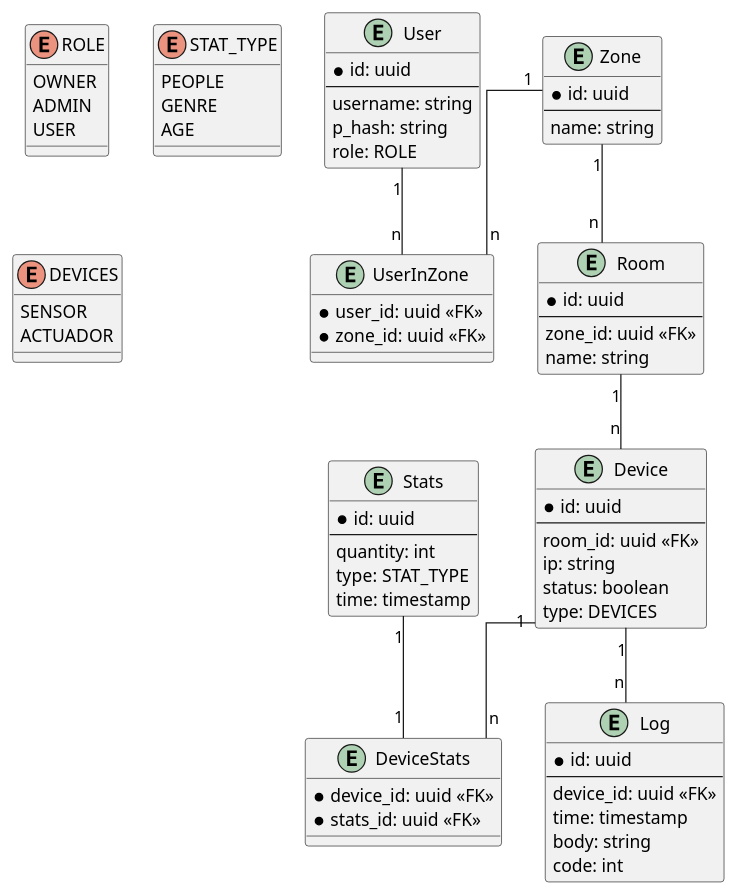
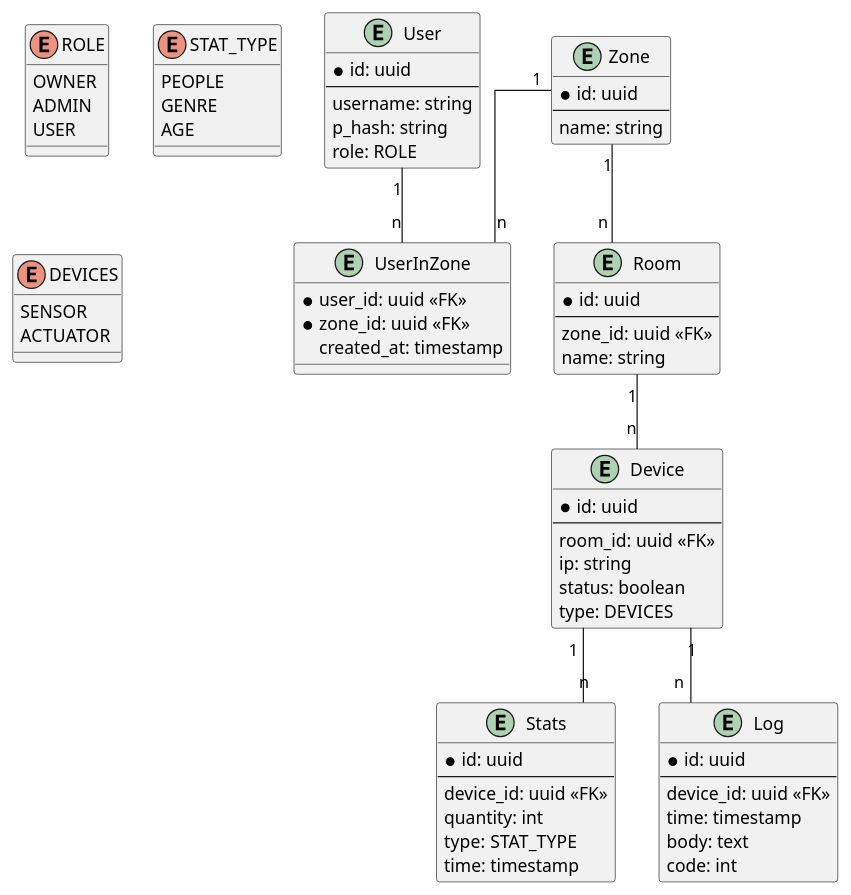
One commit to Masega360/the-stalker changed the diagram in docs/er-diagram.puml. Above: the diagram before and after it, drawn with PlantUML.

Commit message:
Refactor ER diagram with various updates
Updated enum name from 'ACTUADOR' to 'ACTUATOR', added 'created_at' field to 'UserInZone', changed 'body' type from 'string' to 'text', and removed 'DeviceStats' entity.

```diff
--- a/docs/er-diagram.puml
+++ b/docs/er-diagram.puml
@@ -1,85 +1,82 @@
 @startuml
 skinparam linetype ortho
 
 enum ROLE {
   OWNER
   ADMIN
   USER
 }
 
 enum STAT_TYPE {
   PEOPLE
   GENRE
   AGE
 }
 
 enum DEVICES {
   SENSOR
-  ACTUADOR
+  ACTUATOR
 }
 
 entity "User" {
   *id: uuid
   --
   username: string
   p_hash: string
   role: ROLE
 }
 
 entity "UserInZone" {
   *user_id: uuid <<FK>>
   *zone_id: uuid <<FK>>
+  created_at: timestamp
 }
 
 entity "Zone" {
   *id: uuid
   --
   name: string
 }
 
 entity "Room" {
   *id: uuid
   --
   zone_id: uuid <<FK>>
   name: string
 }
 
 entity "Device" {
   *id: uuid
   --
   room_id: uuid <<FK>>
   ip: string
   status: boolean
   type: DEVICES
 }
 
 entity "Stats" {
   *id: uuid
   --
+  device_id: uuid <<FK>>
   quantity: int
   type: STAT_TYPE
   time: timestamp
-}
-
-entity "DeviceStats" {
-  *device_id: uuid <<FK>>
-  *stats_id: uuid <<FK>>
 }
 
 entity "Log" {
   *id: uuid
   --
   device_id: uuid <<FK>>
   time: timestamp
-  body: string
+  body: text
   code: int
 }
 
 User "1" -- "n" UserInZone
 Zone "1" -- "n" UserInZone
 Zone "1" -- "n" Room
 Room "1" -- "n" Device
-Device "1" -- "n" DeviceStats
-Stats "1" -- "1" DeviceStats
+Device "1" -- "n" Stats
 Device "1" -- "n" Log
+
 @enduml
```
